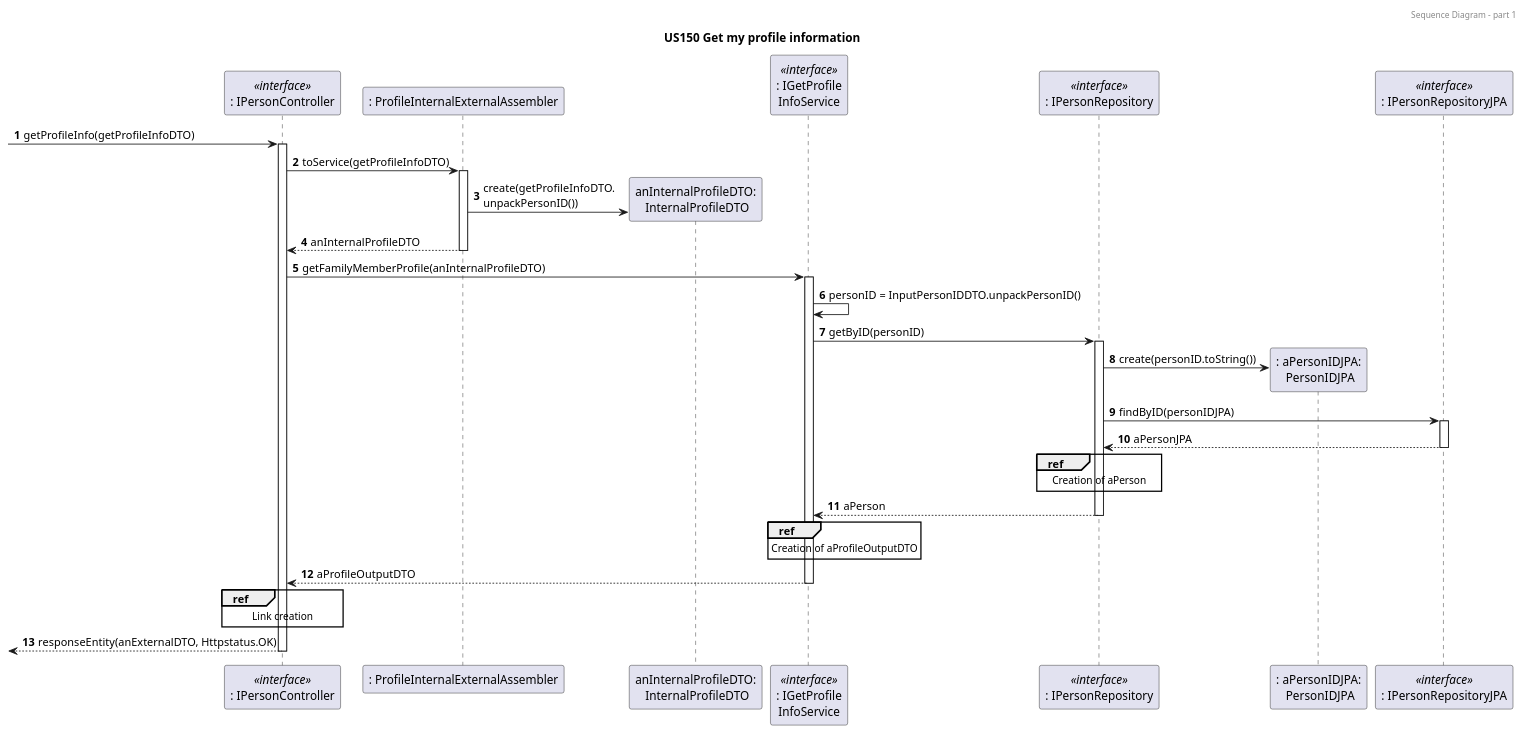
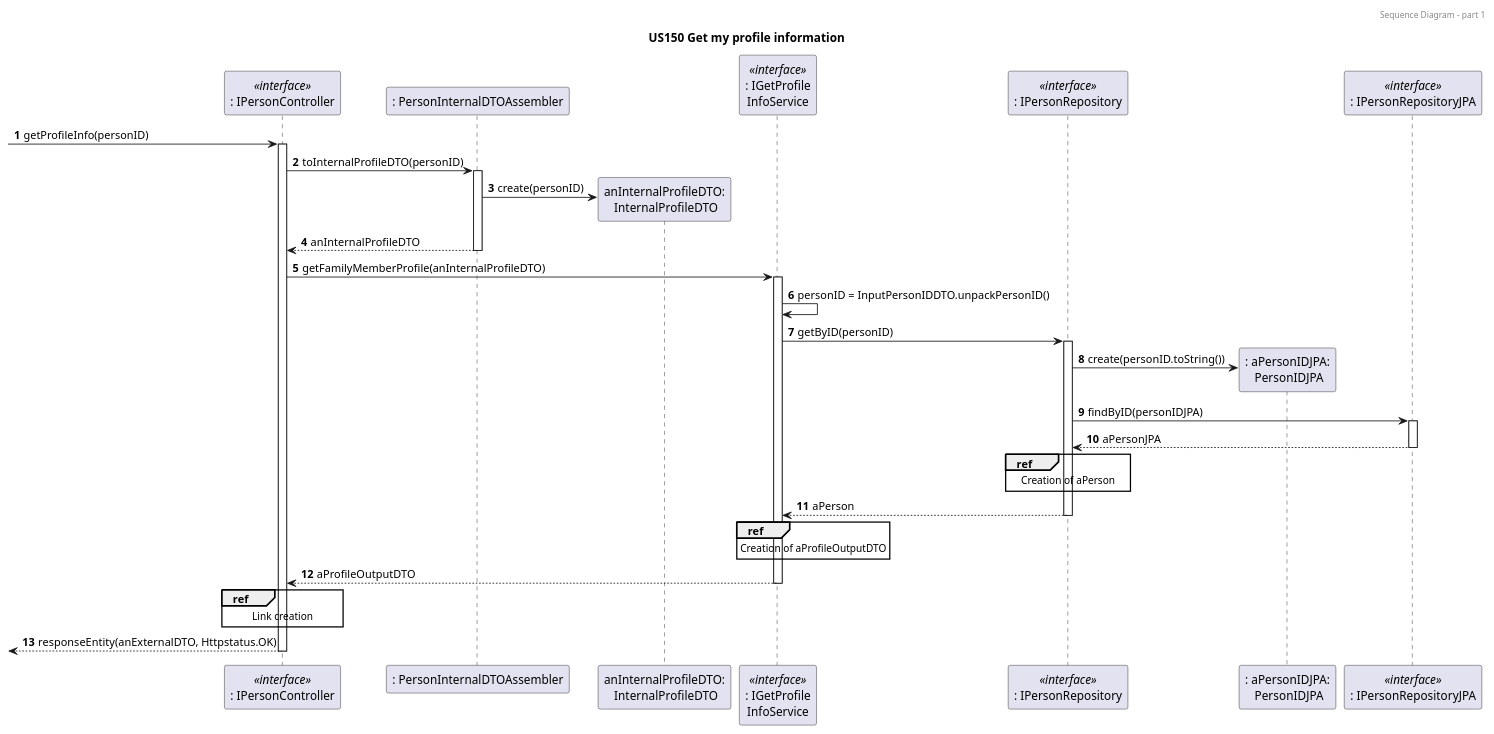
Before and after one commit to tomas-osswald/switch_2020_g3: the fourth of 6 diagrams in docs/sprint5/user_stories/US150_GetFamilyMemberProfile.md, drawn with PlantUML.

Commit message:
Small changes to US150 SD

`````diff
--- a/docs/sprint5/user_stories/US150_GetFamilyMemberProfile.md
+++ b/docs/sprint5/user_stories/US150_GetFamilyMemberProfile.md
@@ -235,52 +235,52 @@
 ````puml
 @startuml
 
 autonumber
 header Sequence Diagram - part 1
 title US150 Get my profile information
 
 
 participant ": IPersonController" as controller <<interface>>
-participant ": ProfileInternalExternalAssembler" as assembler
+participant ": PersonInternalDTOAssembler" as assembler
 participant "anInternalProfileDTO:\n InternalProfileDTO" as internalDTO
 participant ": IGetProfile\nInfoService" as service <<interface>>
 participant ": IPersonRepository" as repository <<interface>>
 participant ": aPersonIDJPA:\n PersonIDJPA" as personIDJPA
 participant ": IPersonRepositoryJPA" as repoJPA <<interface>>
 
--> controller : getProfileInfo(getProfileInfoDTO)
+-> controller : getProfileInfo(personID)
 activate controller
-controller -> assembler : toService(getProfileInfoDTO)
+controller -> assembler : toInternalProfileDTO(personID)
 activate assembler
-assembler -> internalDTO** : create(getProfileInfoDTO.\nunpackPersonID())
+assembler -> internalDTO** : create(personID)
 return anInternalProfileDTO
 controller -> service : getFamilyMemberProfile(anInternalProfileDTO)
 activate service
 
 service -> service : personID = InputPersonIDDTO.unpackPersonID()
 service -> repository : getByID(personID)
 activate repository
 repository -> personIDJPA** : create(personID.toString())
 repository -> repoJPA : findByID(personIDJPA)
 activate repoJPA 
 return aPersonJPA
 
 ref over repository 
 Creation of aPerson
 end
 return aPerson
 
 ref over service
 Creation of aProfileOutputDTO
 end 
 return aProfileOutputDTO
 
 ref over controller
 Link creation
 end
 
 <-- controller : responseEntity(anExternalDTO, Httpstatus.OK)
 deactivate controller
 
 @enduml
 ````
`````
